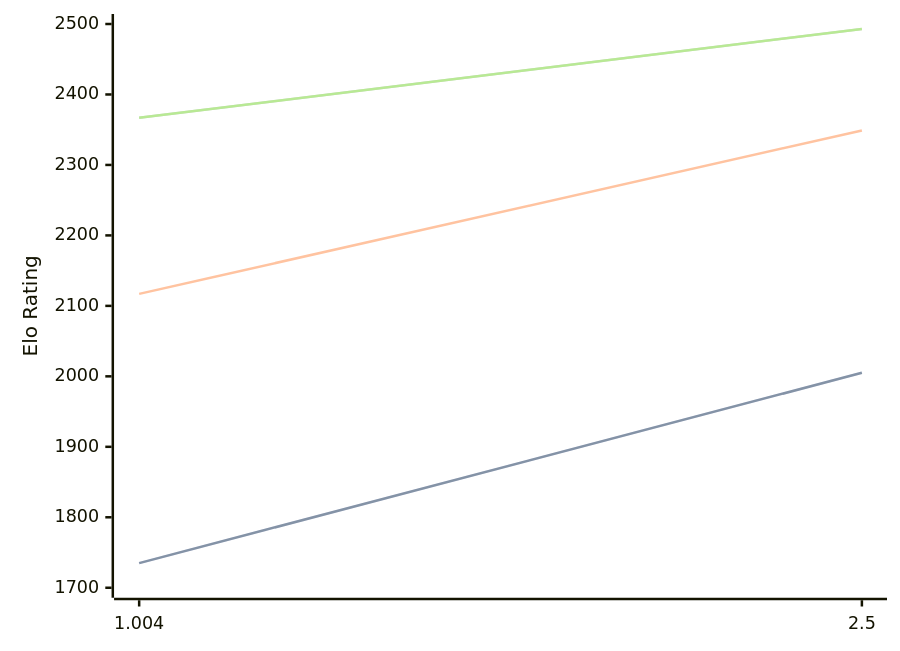
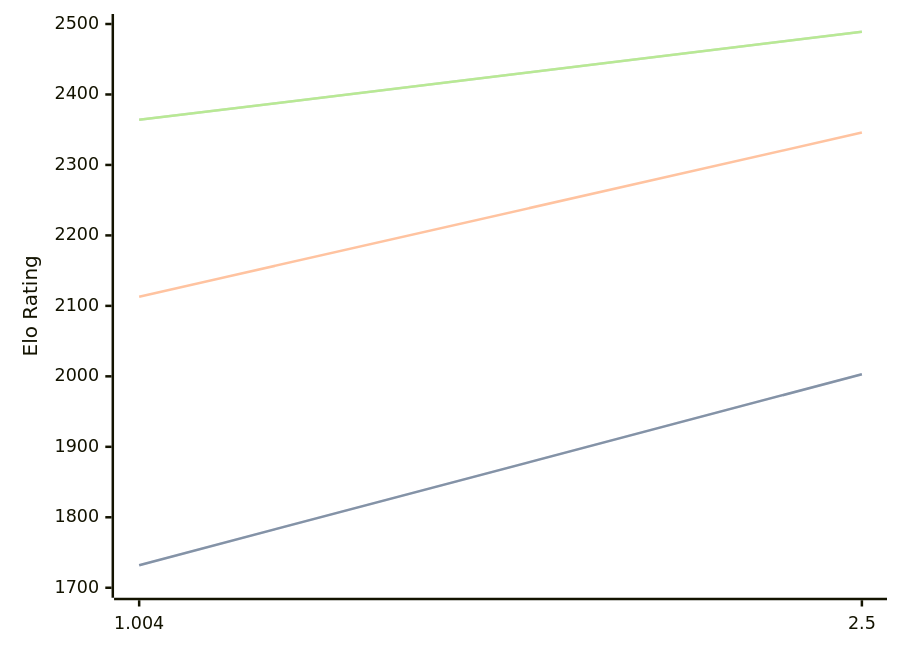
One commit to computer-chess-index/cci changed the diagram in engines/Ares.md. Above: the diagram before and after it, drawn with Mermaid. The commit also changed other lines of this file, not shown here.

Commit message:
Update CCI Ratings (ELO VLTC) - 2026-03-11

````diff
--- a/engines/Ares.md
+++ b/engines/Ares.md
@@ -30,11 +30,11 @@
 ```mermaid
 %%{init: {"theme":"base","themeVariables":{"seriesColors:['#a3a3a3','#222221','#faa371']}}}%%
 xychart-beta
   x-axis ["1.004", "2.5"]
   y-axis "Elo Rating" 1700 --> 2500
-  line "STC (8.0+0.08s)" [1735, 2005]
-  line "STC (8.0+0.08s)" [1735, 2005]
-  line "LTC (60.0+0.60s)" [2117, 2349]
-  line "VLTC (2m24s+1.12s)" [2367, 2493]
-  line "VLTC (2m24s+1.12s)" [2367, 2493]
+  line "STC (8.0+0.08s)" [1732, 2003]
+  line "STC (8.0+0.08s)" [1732, 2003]
+  line "LTC (60.0+0.60s)" [2113, 2346]
+  line "VLTC (2m24s+1.12s)" [2364, 2489]
+  line "VLTC (2m24s+1.12s)" [2364, 2489]
 ```
````
